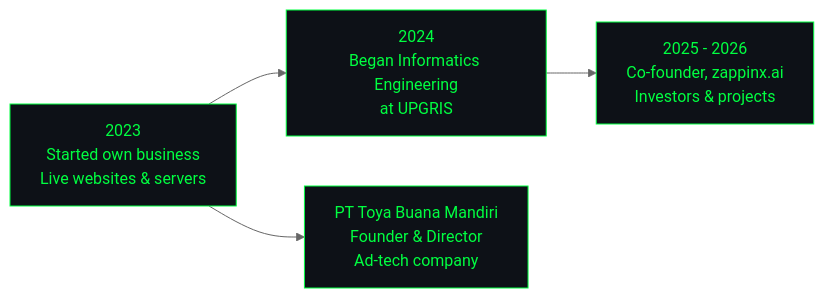
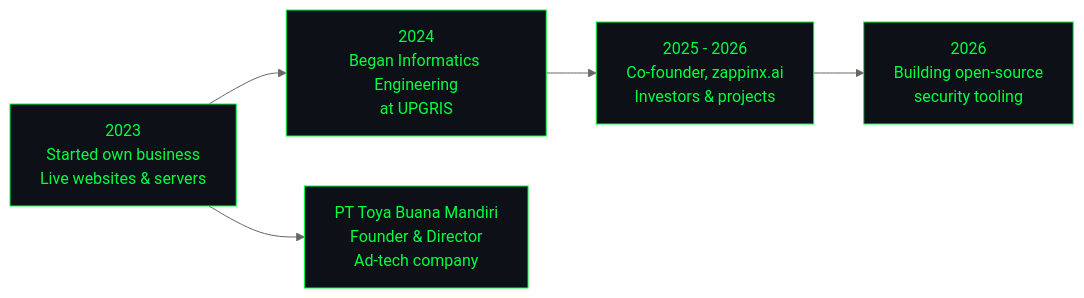
One commit to patrickivanuellf/patrickivanuellf changed the diagram in README.md. Above: the diagram before and after it, drawn with Mermaid (neutral theme). The commit also changed other lines of this file, not shown here.

````diff
--- a/README.md
+++ b/README.md
@@ -48,10 +49,12 @@
 ```mermaid
 flowchart LR
     A["2023<br/>Started own business<br/>Live websites & servers"] --> B["2024<br/>Began Informatics Engineering<br/>at UPGRIS"]
     B --> C["2025 - 2026<br/>Co-founder, zappinx.ai<br/>Investors & projects"]
     A --> D["PT Toya Buana Mandiri<br/>Founder & Director<br/>Ad-tech company"]
+    C --> E["2026<br/>Building open-source<br/>security tooling"]
     style A fill:#0d1117,stroke:#00ff41,color:#00ff41
     style B fill:#0d1117,stroke:#00ff41,color:#00ff41
     style C fill:#0d1117,stroke:#00ff41,color:#00ff41
     style D fill:#0d1117,stroke:#00ff41,color:#00ff41
+    style E fill:#0d1117,stroke:#00ff41,color:#00ff41
 ```
````
